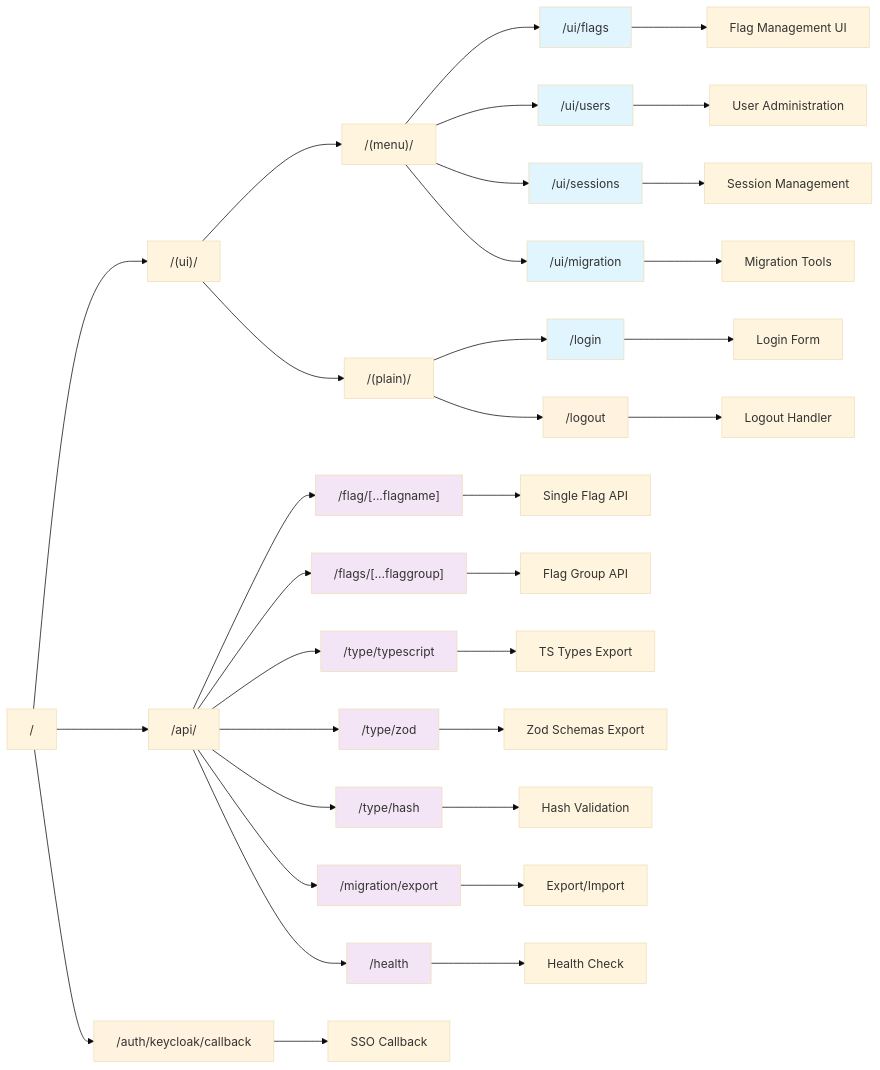
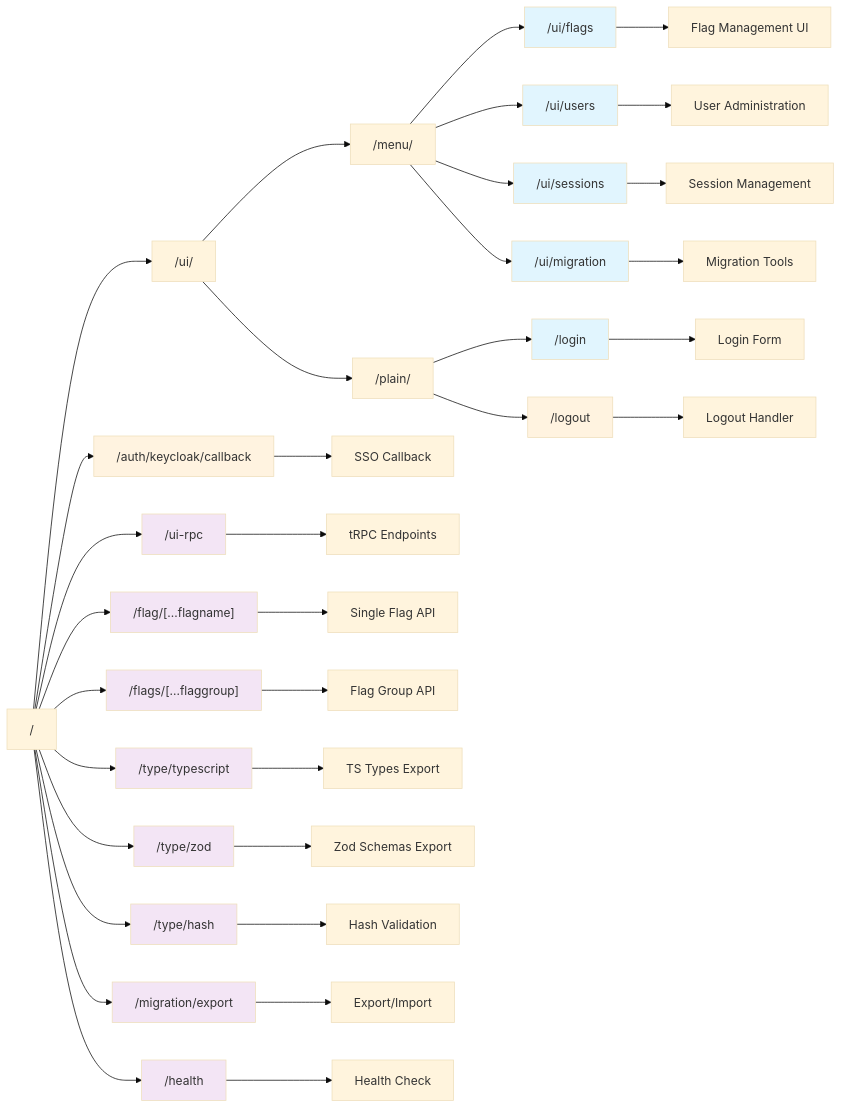
The first of 3 diagrams in README.md (flagflow/flagflow), drawn with Mermaid (base theme) before and after one commit.

Commit message:
fix: route diagram in readme.md

````diff
--- a/README.md
+++ b/README.md
@@ -148,48 +148,49 @@
 ```mermaid
 graph LR
-    A["/"] --> B["/(ui)/"]
-    B --> C["/(menu)/"]
-    B --> D["/(plain)/"]
+    A["/"] --> B["/ui/"]
+    B --> C["/menu/"]
+    B --> D["/plain/"]
 
     C --> E["/ui/flags"]
     C --> F["/ui/users"]
     C --> G["/ui/sessions"]
     C --> H["/ui/migration"]
 
     D --> I["/login"]
     D --> J["/logout"]
 
     A --> K["/auth/keycloak/callback"]
-    A --> L["/api/"]
+    A --> L["/ui-rpc"]
 
-    L --> M["/flag/[...flagname]"]
-    L --> N["/flags/[...flaggroup]"]
-    L --> O["/type/typescript"]
-    L --> P["/type/zod"]
-    L --> Q["/type/hash"]
-    L --> R["/migration/export"]
-    L --> S["/health"]
+    A --> M["/flag/[...flagname]"]
+    A --> N["/flags/[...flaggroup]"]
+    A --> O["/type/typescript"]
+    A --> P["/type/zod"]
+    A --> Q["/type/hash"]
+    A --> R["/migration/export"]
+    A --> S["/health"]
 
     E --> E1["Flag Management UI"]
     F --> F1["User Administration"]
     G --> G1["Session Management"]
     H --> H1["Migration Tools"]
     I --> I1["Login Form"]
     J --> J1["Logout Handler"]
     K --> K1["SSO Callback"]
+    L --> L1["tRPC Endpoints"]
     M --> M1["Single Flag API"]
     N --> N1["Flag Group API"]
     O --> O1["TS Types Export"]
     P --> P1["Zod Schemas Export"]
     Q --> Q1["Hash Validation"]
     R --> R1["Export/Import"]
     S --> S1["Health Check"]
 
     classDef ui fill:#e1f5fe
     classDef api fill:#f3e5f5
     classDef auth fill:#fff3e0
 
     class E,F,G,H,I ui
-    class M,N,O,P,Q,R,S api
+    class L,M,N,O,P,Q,R,S api
     class J,K auth
 ```
````
